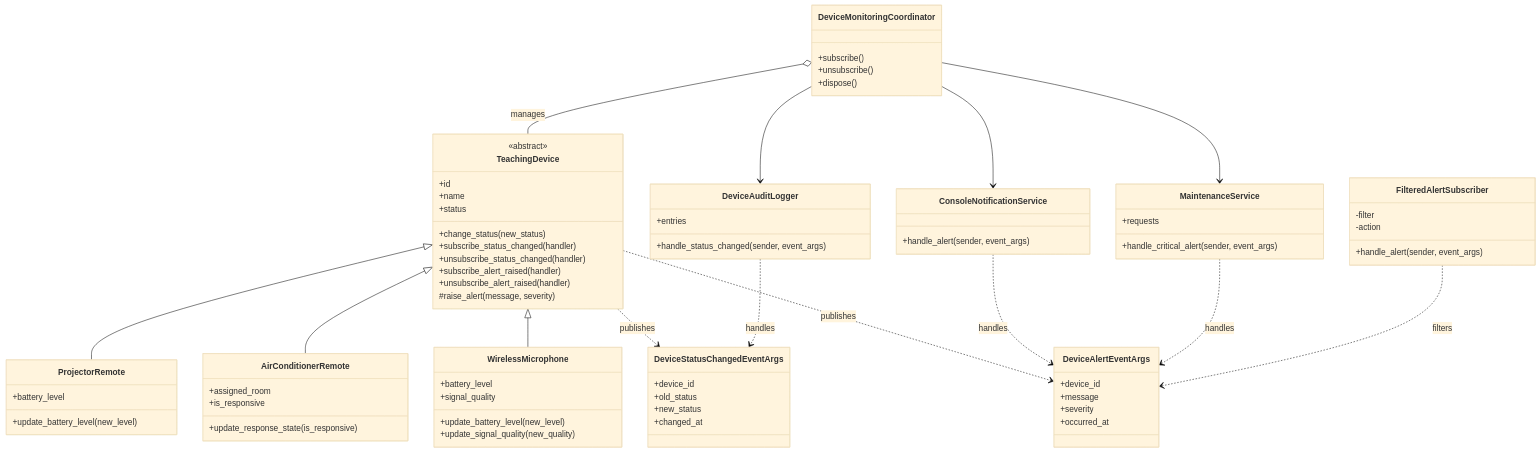
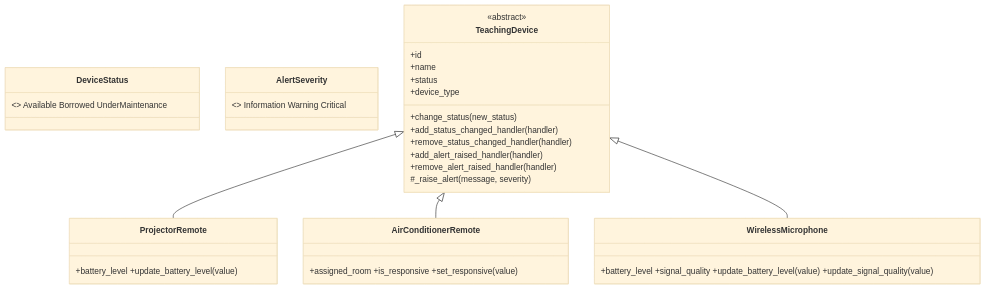
One commit to dangdoaimo2006-cloud/Week-8 changed the diagram in docs/class-diagram.md. Above: the diagram before and after it, drawn with Mermaid (base theme). The commit also changed other lines of this file and 16 other files, not shown here.

Commit message:
Giai doan 2: Xay dung lop TeachingDevice va ba loai thiet bi, cai dat event va xu ly canh bao

````diff
--- a/docs/class-diagram.md
+++ b/docs/class-diagram.md
@@ -3,76 +3,24 @@
 ```mermaid
 classDiagram
-    class TeachingDevice {
-        <<abstract>>
-        +id
-        +name
-        +status
-        +change_status(new_status)
-        +subscribe_status_changed(handler)
-        +unsubscribe_status_changed(handler)
-        +subscribe_alert_raised(handler)
-        +unsubscribe_alert_raised(handler)
-        #raise_alert(message, severity)
-    }
-    class ProjectorRemote {
-        +battery_level
-        +update_battery_level(new_level)
-    }
-    class AirConditionerRemote {
-        +assigned_room
-        +is_responsive
-        +update_response_state(is_responsive)
-    }
-    class WirelessMicrophone {
-        +battery_level
-        +signal_quality
-        +update_battery_level(new_level)
-        +update_signal_quality(new_quality)
-    }
-    class DeviceStatusChangedEventArgs {
-        +device_id
-        +old_status
-        +new_status
-        +changed_at
-    }
-    class DeviceAlertEventArgs {
-        +device_id
-        +message
-        +severity
-        +occurred_at
-    }
-    class ConsoleNotificationService {
-        +handle_alert(sender, event_args)
-    }
-    class DeviceAuditLogger {
-        +entries
-        +handle_status_changed(sender, event_args)
-    }
-    class MaintenanceService {
-        +requests
-        +handle_critical_alert(sender, event_args)
-    }
-    class FilteredAlertSubscriber {
-        -filter
-        -action
-        +handle_alert(sender, event_args)
-    }
-    class DeviceMonitoringCoordinator {
-        +subscribe()
-        +unsubscribe()
-        +dispose()
-    }
-    TeachingDevice <|-- ProjectorRemote
-    TeachingDevice <|-- AirConditionerRemote
-    TeachingDevice <|-- WirelessMicrophone
-    TeachingDevice ..> DeviceStatusChangedEventArgs : publishes
-    TeachingDevice ..> DeviceAlertEventArgs : publishes
-    DeviceMonitoringCoordinator o-- TeachingDevice : manages
-    DeviceMonitoringCoordinator --> ConsoleNotificationService
-    DeviceMonitoringCoordinator --> DeviceAuditLogger
-    DeviceMonitoringCoordinator --> MaintenanceService
-    ConsoleNotificationService ..> DeviceAlertEventArgs : handles
-    DeviceAuditLogger ..> DeviceStatusChangedEventArgs : handles
-    MaintenanceService ..> DeviceAlertEventArgs : handles
-    FilteredAlertSubscriber ..> DeviceAlertEventArgs : filters
+ class DeviceStatus {<<enumeration>> Available Borrowed UnderMaintenance}
+ class AlertSeverity {<<enumeration>> Information Warning Critical}
+ class TeachingDevice {
+   <<abstract>>
+   +id
+   +name
+   +status
+   +device_type
+   +change_status(new_status)
+   +add_status_changed_handler(handler)
+   +remove_status_changed_handler(handler)
+   +add_alert_raised_handler(handler)
+   +remove_alert_raised_handler(handler)
+   #_raise_alert(message, severity)
+ }
+ class ProjectorRemote {+battery_level +update_battery_level(value)}
+ class AirConditionerRemote {+assigned_room +is_responsive +set_responsive(value)}
+ class WirelessMicrophone {+battery_level +signal_quality +update_battery_level(value) +update_signal_quality(value)}
+ TeachingDevice <|-- ProjectorRemote
+ TeachingDevice <|-- AirConditionerRemote
+ TeachingDevice <|-- WirelessMicrophone
 ```
````
